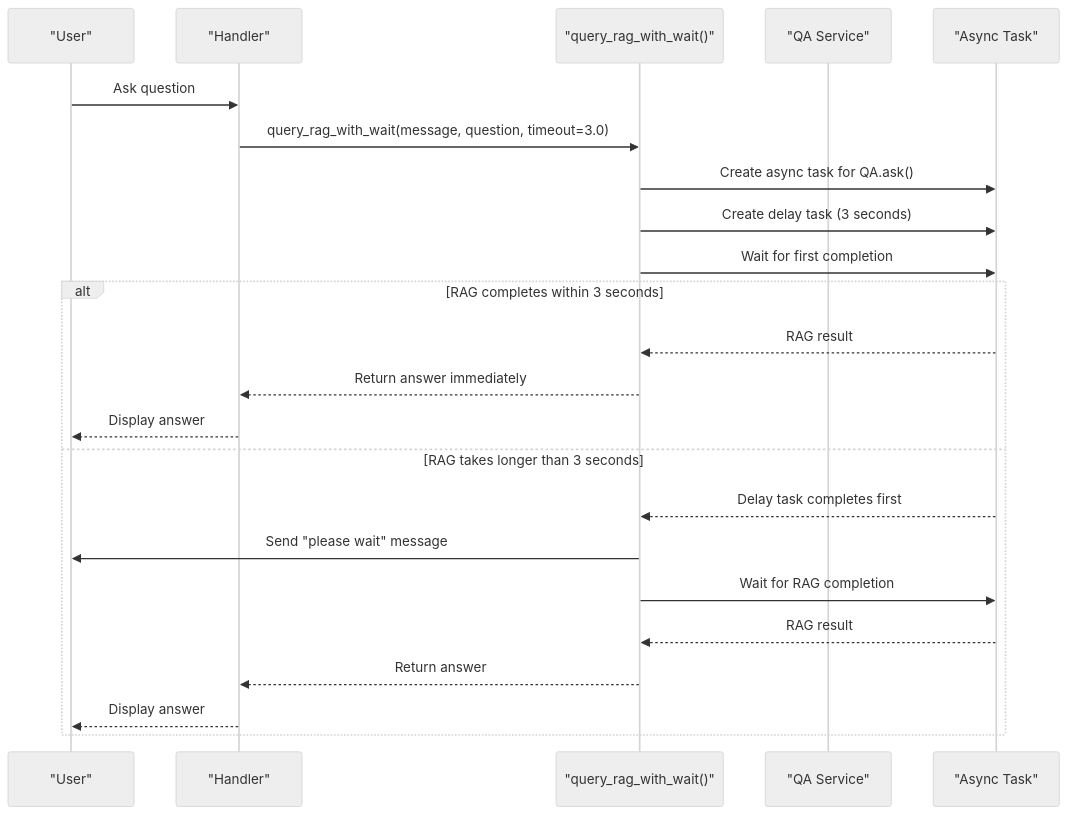
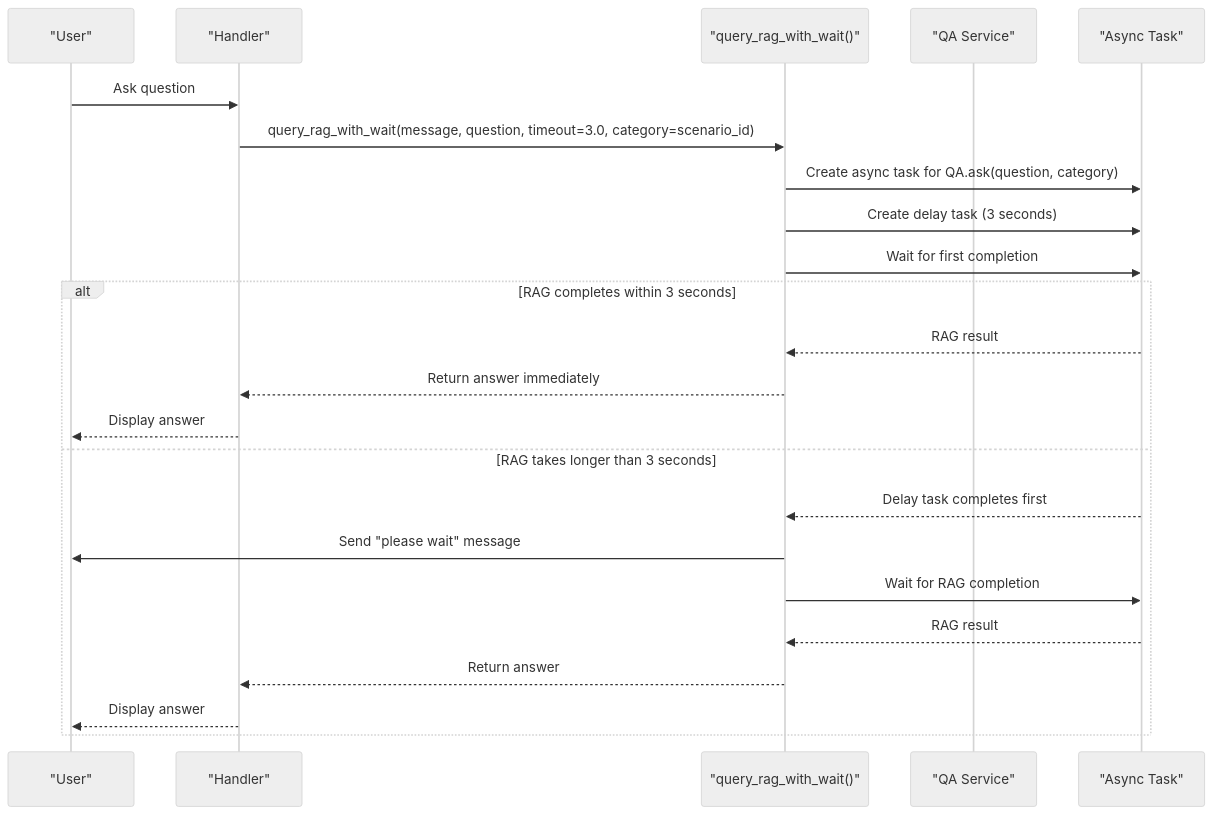
Before and after one commit to ognelis/cafetera_hr_bot: the fifth of 29 diagrams in .qoder/repowiki/en/content/VK Integration/VK Integration.md, drawn with Mermaid (neutral theme). The commit also changed other lines of this file and 27 other files, not shown here.

````diff
--- a/.qoder/repowiki/en/content/VK Integration/VK Integration.md
+++ b/.qoder/repowiki/en/content/VK Integration/VK Integration.md
@@ -450,25 +493,25 @@
 ```mermaid
 sequenceDiagram
 participant User as "User"
 participant Handler as "Handler"
 participant Utils as "query_rag_with_wait()"
 participant QA as "QA Service"
 participant Task as "Async Task"
 User->>Handler : Ask question
-Handler->>Utils : query_rag_with_wait(message, question, timeout=3.0)
-Utils->>Task : Create async task for QA.ask()
+Handler->>Utils : query_rag_with_wait(message, question, timeout=3.0, category=scenario_id)
+Utils->>Task : Create async task for QA.ask(question, category)
 Utils->>Task : Create delay task (3 seconds)
 Utils->>Task : Wait for first completion
 alt RAG completes within 3 seconds
 Task-->>Utils : RAG result
 Utils-->>Handler : Return answer immediately
 Handler-->>User : Display answer
 else RAG takes longer than 3 seconds
 Task-->>Utils : Delay task completes first
 Utils->>User : Send "please wait" message
 Utils->>Task : Wait for RAG completion
 Task-->>Utils : RAG result
 Utils-->>Handler : Return answer
 Handler-->>User : Display answer
 end
 ```
````
